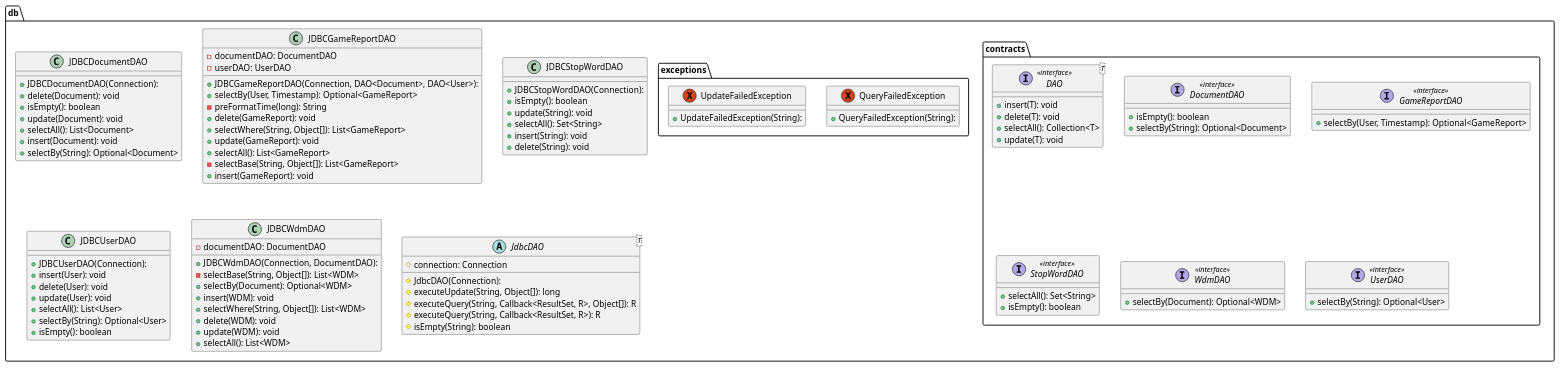
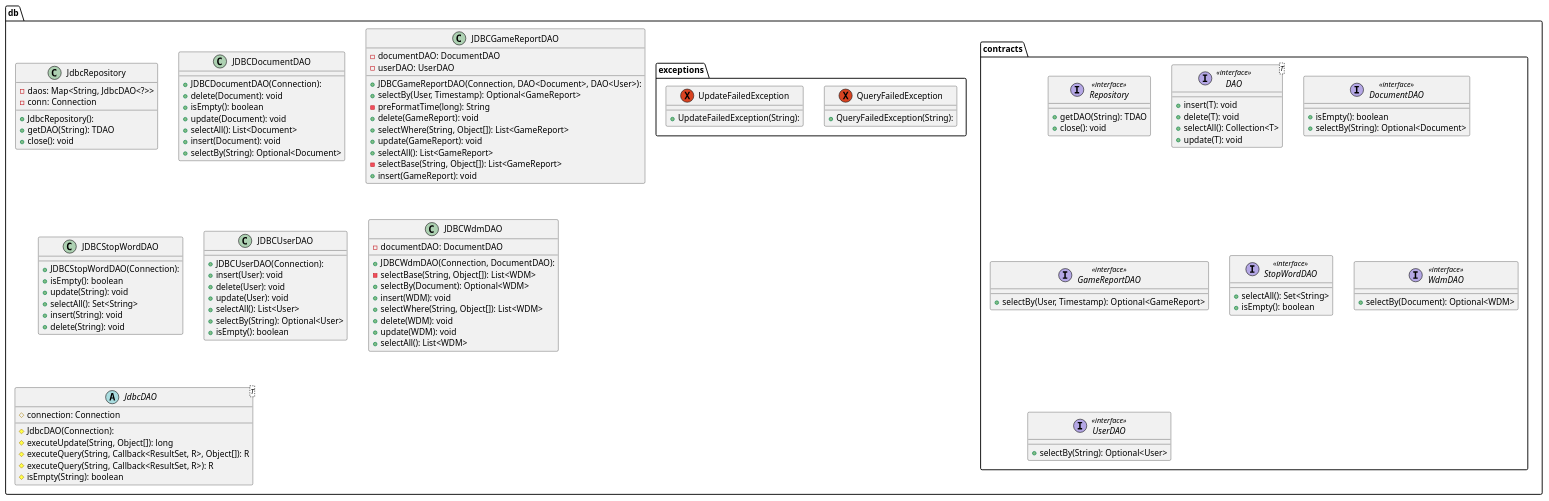
Before and after one commit to Bg735/Wordageddon-Gruppo_16: the diagram in docs/UML/Classi/db/db.puml, drawn with PlantUML. The commit also changed 13 other files, not shown here.

Commit message:
aggiornamento diagrammi

```diff
--- a/docs/UML/Classi/db/db.puml
+++ b/docs/UML/Classi/db/db.puml
@@ -1,99 +1,111 @@
 @startuml
 package db {
+    class JdbcRepository {
+    + JdbcRepository():
+    - daos: Map<String, JdbcDAO<?>>
+    - conn: Connection
+    + getDAO(String): TDAO
+    + close(): void
+    }
     package contracts {
+            interface Repository << interface >> {
+            + getDAO(String): TDAO
+            + close(): void
+            }
     interface DAO<T> << interface >> {
     + insert(T): void
     + delete(T): void
     + selectAll(): Collection<T>
     + update(T): void
     }
     interface DocumentDAO << interface >> {
     + isEmpty(): boolean
     + selectBy(String): Optional<Document>
     }
     interface GameReportDAO << interface >> {
     + selectBy(User, Timestamp): Optional<GameReport>
     }
     interface StopWordDAO << interface >> {
     + selectAll(): Set<String>
     + isEmpty(): boolean
     }
 
     interface WdmDAO << interface >> {
     + selectBy(Document): Optional<WDM>
     }
 
     interface UserDAO << interface >> {
     + selectBy(String): Optional<User>
     }
     }
 
     class JDBCDocumentDAO {
     + JDBCDocumentDAO(Connection):
     + delete(Document): void
     + isEmpty(): boolean
     + update(Document): void
     + selectAll(): List<Document>
     + insert(Document): void
     + selectBy(String): Optional<Document>
     }
     class JDBCGameReportDAO {
     + JDBCGameReportDAO(Connection, DAO<Document>, DAO<User>):
     - documentDAO: DocumentDAO
     - userDAO: UserDAO
     + selectBy(User, Timestamp): Optional<GameReport>
     - preFormatTime(long): String
     + delete(GameReport): void
     + selectWhere(String, Object[]): List<GameReport>
     + update(GameReport): void
     + selectAll(): List<GameReport>
     - selectBase(String, Object[]): List<GameReport>
     + insert(GameReport): void
     }
     class JDBCStopWordDAO {
     + JDBCStopWordDAO(Connection):
     + isEmpty(): boolean
     + update(String): void
     + selectAll(): Set<String>
     + insert(String): void
     + delete(String): void
     }
     class JDBCUserDAO {
     + JDBCUserDAO(Connection):
     + insert(User): void
     + delete(User): void
     + update(User): void
     + selectAll(): List<User>
     + selectBy(String): Optional<User>
     + isEmpty(): boolean
     }
     class JDBCWdmDAO {
     + JDBCWdmDAO(Connection, DocumentDAO):
     - documentDAO: DocumentDAO
     - selectBase(String, Object[]): List<WDM>
     + selectBy(Document): Optional<WDM>
     + insert(WDM): void
     + selectWhere(String, Object[]): List<WDM>
     + delete(WDM): void
     + update(WDM): void
     + selectAll(): List<WDM>
     }
     abstract class JdbcDAO<T> {
     # JdbcDAO(Connection):
     # connection: Connection
     # executeUpdate(String, Object[]): long
     # executeQuery(String, Callback<ResultSet, R>, Object[]): R
     # executeQuery(String, Callback<ResultSet, R>): R
     # isEmpty(String): boolean
     }
 
     package exceptions{
         exception QueryFailedException {
         + QueryFailedException(String):
         }
         exception UpdateFailedException {
         + UpdateFailedException(String):
         }
     }
+
 }
 @enduml
```
